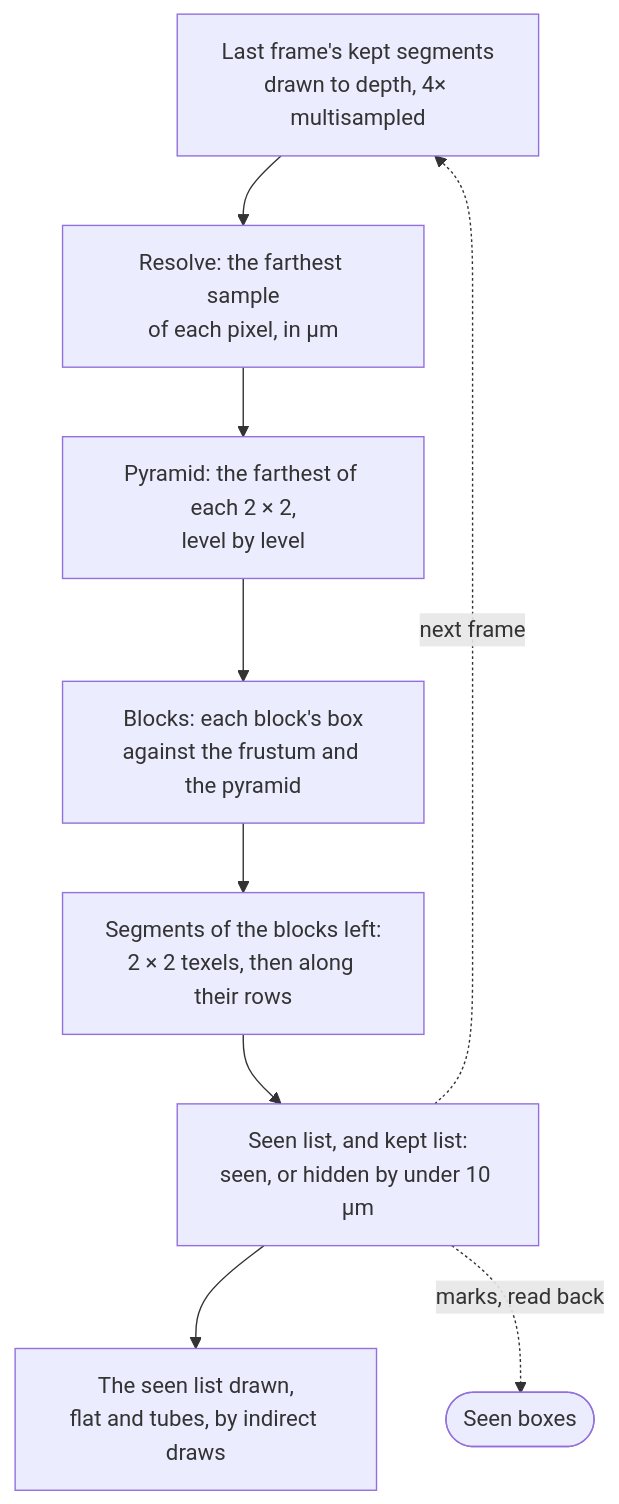
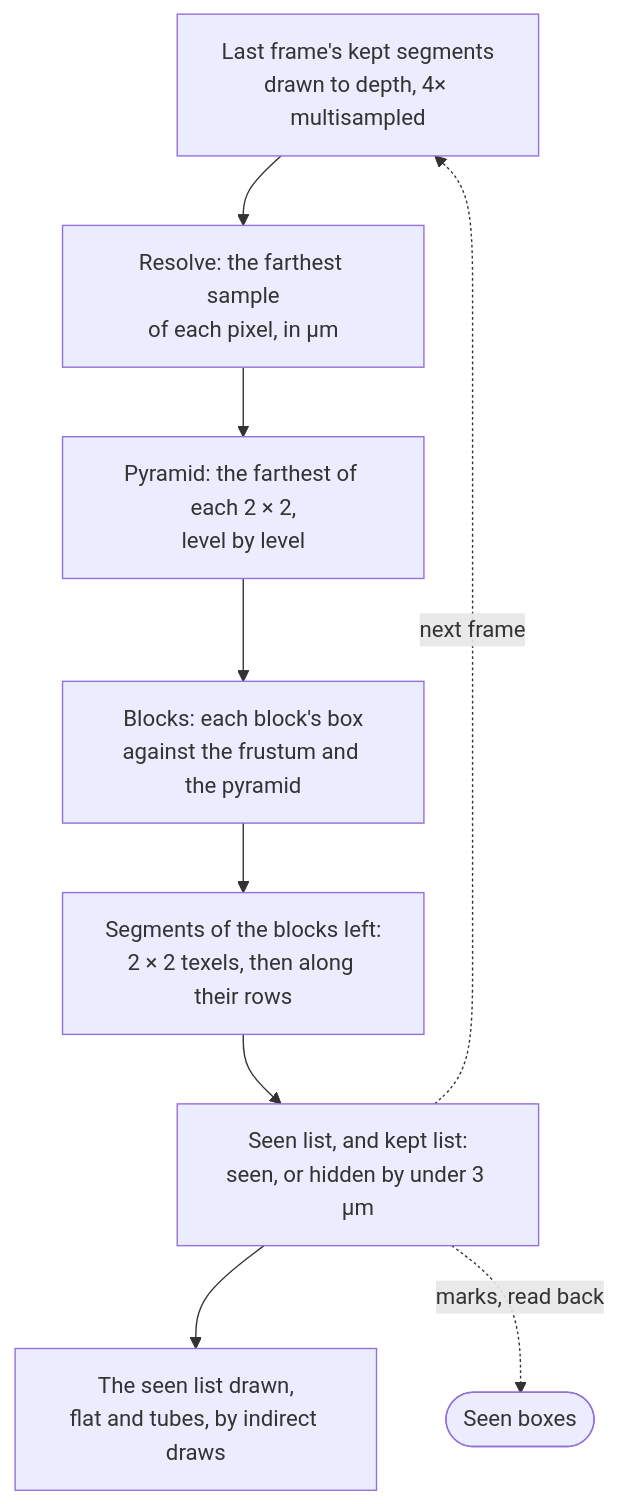
One commit to openbraininstitute/core-web-app changed the second of 2 diagrams in src/features/circuit-viewer/morphologies/engine/README.md. Above: the diagram before and after it, drawn with Mermaid. The commit also changed other lines of this file and 1 other file, not shown here.

First line of the commit message:
perf(circuit-viewer): keep occluders hidden by up to 3 µm, not 10

````diff
--- a/src/features/circuit-viewer/morphologies/engine/README.md
+++ b/src/features/circuit-viewer/morphologies/engine/README.md
@@ -96,11 +96,11 @@
 ```mermaid
 flowchart TD
   kept["Last frame's kept segments<br/>drawn to depth, 4× multisampled"] --> resolve["Resolve: the farthest sample<br/>of each pixel, in µm"]
   resolve --> pyramid["Pyramid: the farthest of each 2 × 2,<br/>level by level"]
   pyramid --> blocks["Blocks: each block's box<br/>against the frustum and the pyramid"]
   blocks --> segs["Segments of the blocks left:<br/>2 × 2 texels, then along their rows"]
-  segs --> lists["Seen list, and kept list:<br/>seen, or hidden by under 10 µm"]
+  segs --> lists["Seen list, and kept list:<br/>seen, or hidden by under 3 µm"]
   lists --> draw["The seen list drawn,<br/>flat and tubes, by indirect draws"]
   lists -. "next frame" .-> kept
   lists -. "marks, read back" .-> seen(["Seen boxes"])
 ```
````
